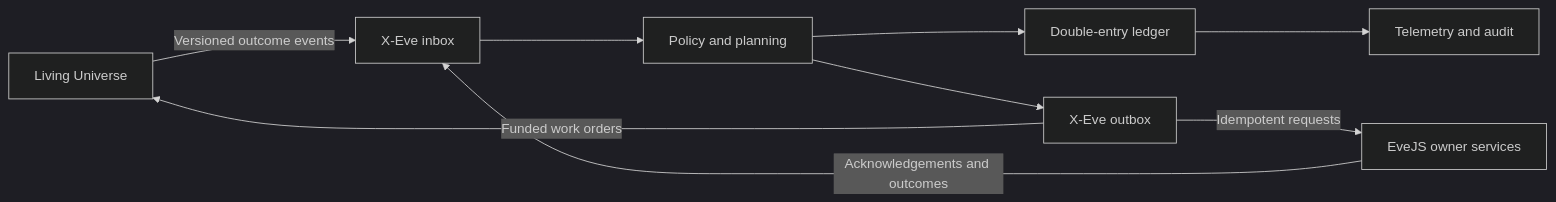
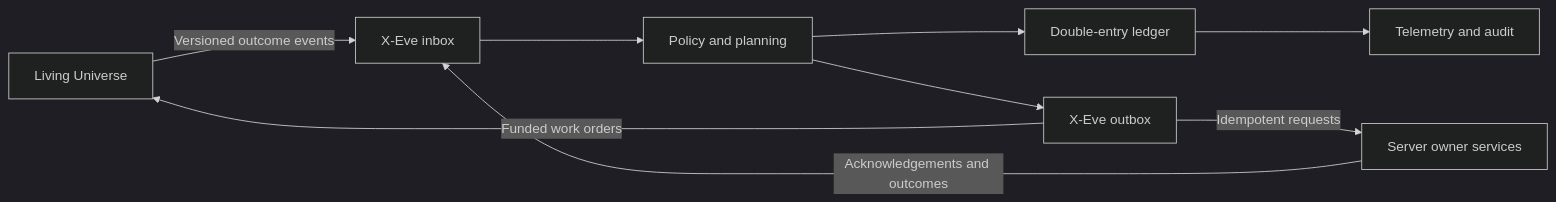
One commit to kaiwren986/evejs-living-universe changed the diagram in docs/X_EVE.md. Above: the diagram before and after it, drawn with Mermaid (dark theme). The commit also changed other lines of this file and 8 other files, not shown here.

````diff
--- a/docs/X_EVE.md
+++ b/docs/X_EVE.md
@@ -19,11 +19,11 @@
 ```mermaid
 flowchart LR
     A[Living Universe] -->|Versioned outcome events| B[X-Eve inbox]
     B --> C[Policy and planning]
     C --> D[Double-entry ledger]
     C --> E[X-Eve outbox]
-    E -->|Idempotent requests| F[EveJS owner services]
+    E -->|Idempotent requests| F[Server owner services]
     E -->|Funded work orders| A
     F -->|Acknowledgements and outcomes| B
     D --> G[Telemetry and audit]
 ```
````
